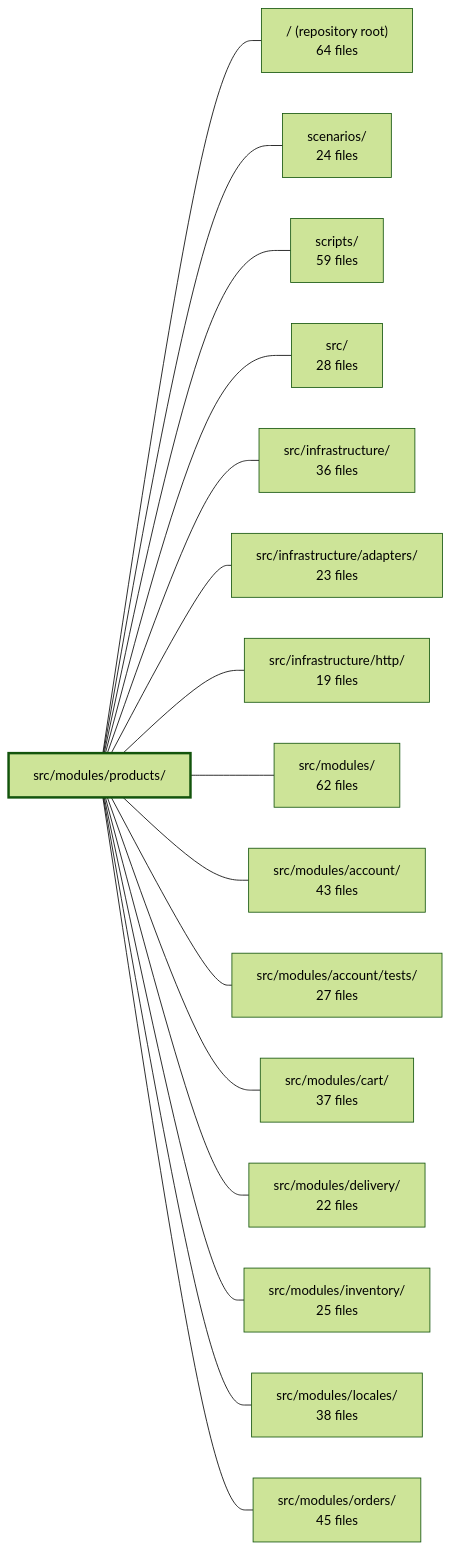
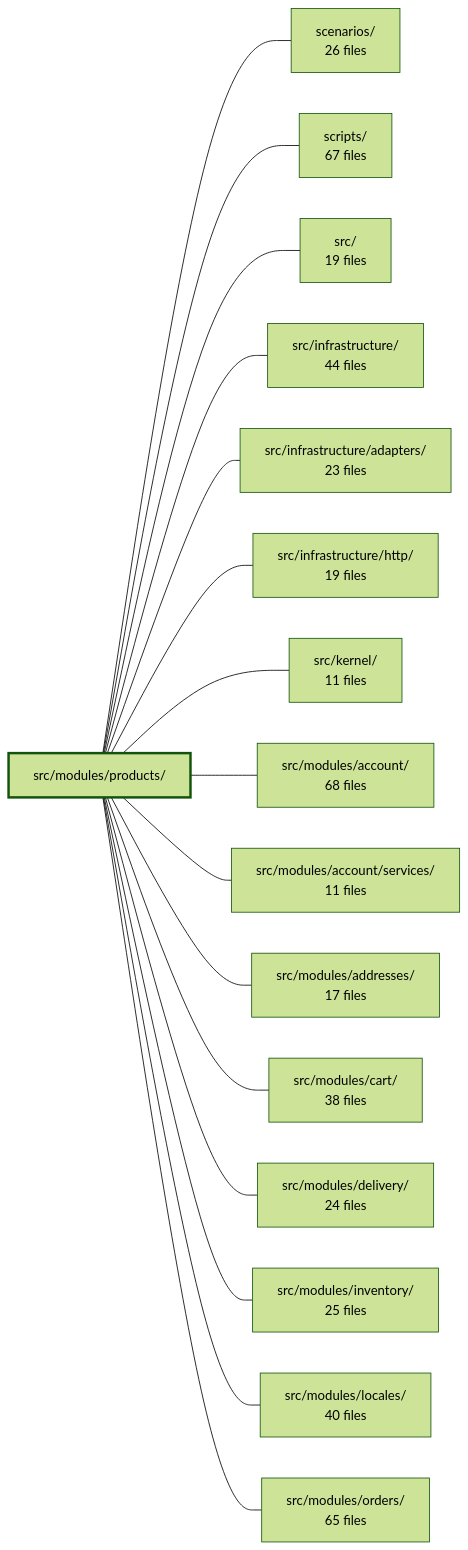
One commit to Guebbit/boilerplate-node-backend changed the diagram in .2brain/modules/boilerplate-node-backend_src_modules_products.md. Above: the diagram before and after it, drawn with Mermaid (forest theme). The commit also changed other lines of this file and 137 other files, not shown here.

````diff
--- a/.2brain/modules/boilerplate-node-backend_src_modules_products.md
+++ b/.2brain/modules/boilerplate-node-backend_src_modules_products.md
@@ -45,35 +46,35 @@
 ```mermaid
 flowchart LR
     m_src_modules_products["src/modules/products/"]
-    m_root["/ (repository root)<br/>64 files"]
-    m_scenarios["scenarios/<br/>24 files"]
-    m_scripts["scripts/<br/>59 files"]
-    m_src["src/<br/>28 files"]
-    m_src_infrastructure["src/infrastructure/<br/>36 files"]
+    m_scenarios["scenarios/<br/>26 files"]
+    m_scripts["scripts/<br/>67 files"]
+    m_src["src/<br/>19 files"]
+    m_src_infrastructure["src/infrastructure/<br/>44 files"]
     m_src_infrastructure_adapters["src/infrastructure/adapters/<br/>23 files"]
     m_src_infrastructure_http["src/infrastructure/http/<br/>19 files"]
-    m_src_modules["src/modules/<br/>62 files"]
-    m_src_modules_account["src/modules/account/<br/>43 files"]
-    m_src_modules_account_tests["src/modules/account/tests/<br/>27 files"]
-    m_src_modules_cart["src/modules/cart/<br/>37 files"]
-    m_src_modules_delivery["src/modules/delivery/<br/>22 files"]
+    m_src_kernel["src/kernel/<br/>11 files"]
+    m_src_modules_account["src/modules/account/<br/>68 files"]
+    m_src_modules_account_services["src/modules/account/services/<br/>11 files"]
+    m_src_modules_addresses["src/modules/addresses/<br/>17 files"]
+    m_src_modules_cart["src/modules/cart/<br/>38 files"]
+    m_src_modules_delivery["src/modules/delivery/<br/>24 files"]
     m_src_modules_inventory["src/modules/inventory/<br/>25 files"]
-    m_src_modules_locales["src/modules/locales/<br/>38 files"]
-    m_src_modules_orders["src/modules/orders/<br/>45 files"]
-    m_src_modules_products --- m_root
+    m_src_modules_locales["src/modules/locales/<br/>40 files"]
+    m_src_modules_orders["src/modules/orders/<br/>65 files"]
     m_src_modules_products --- m_scenarios
     m_src_modules_products --- m_scripts
     m_src_modules_products --- m_src
     m_src_modules_products --- m_src_infrastructure
     m_src_modules_products --- m_src_infrastructure_adapters
     m_src_modules_products --- m_src_infrastructure_http
-    m_src_modules_products --- m_src_modules
+    m_src_modules_products --- m_src_kernel
     m_src_modules_products --- m_src_modules_account
-    m_src_modules_products --- m_src_modules_account_tests
+    m_src_modules_products --- m_src_modules_account_services
+    m_src_modules_products --- m_src_modules_addresses
     m_src_modules_products --- m_src_modules_cart
     m_src_modules_products --- m_src_modules_delivery
     m_src_modules_products --- m_src_modules_inventory
     m_src_modules_products --- m_src_modules_locales
     m_src_modules_products --- m_src_modules_orders
     style m_src_modules_products stroke-width:3px
 ```
````
